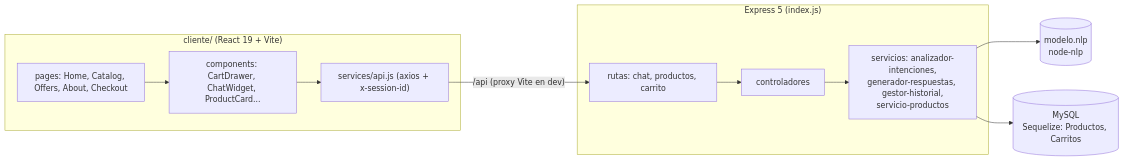
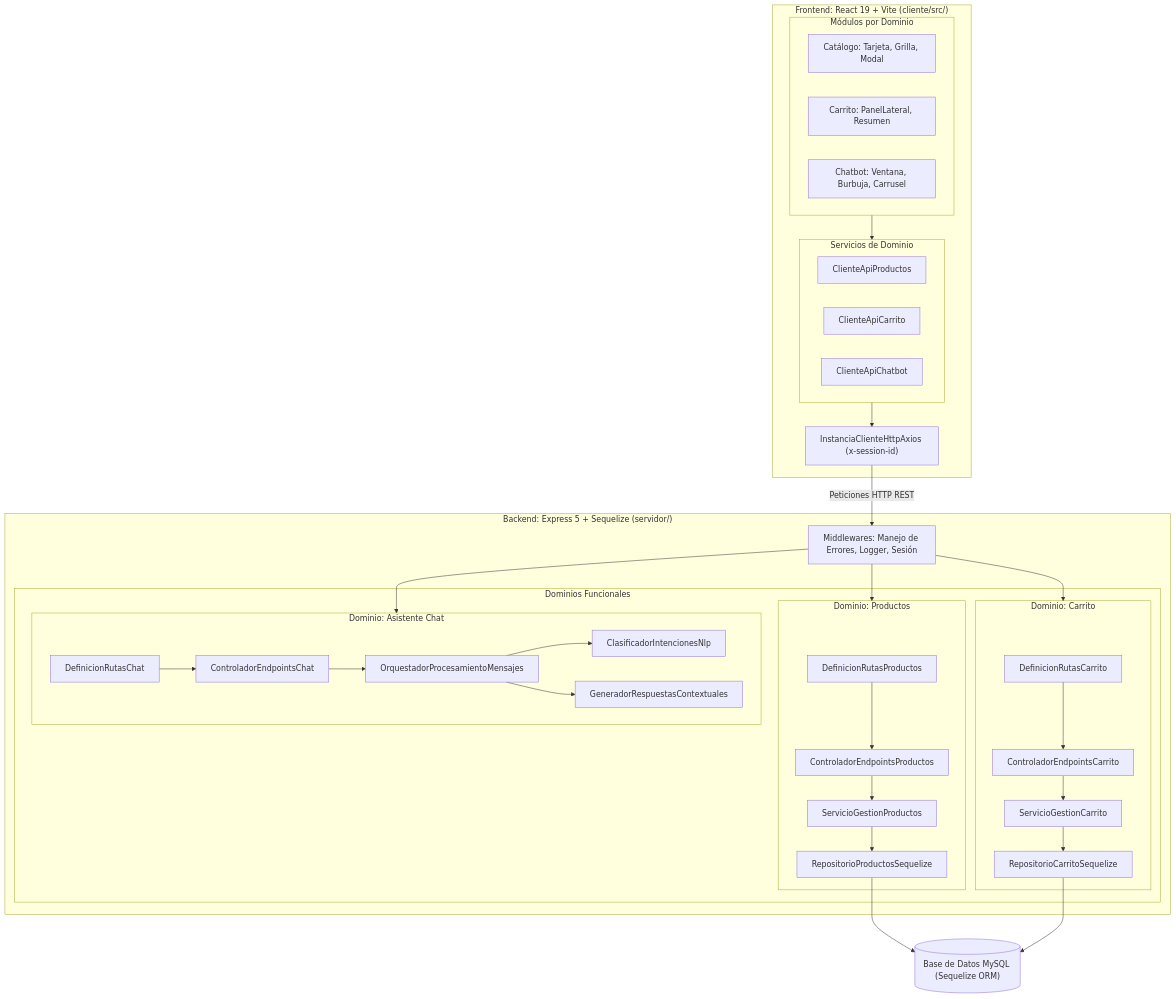
The diagram in README.md (Luiss2080/ShopBot), drawn with Mermaid before and after one commit. The commit also changed other lines of this file, not shown here.

Commit message:
docs: update README with V3 architecture, features, and domain structure

````diff
--- a/README.md
+++ b/README.md
@@ -45,19 +48,45 @@
 ```mermaid
-flowchart LR
-    subgraph Cliente["cliente/ (React 19 + Vite)"]
-        Pag["pages: Home, Catalog, Offers, About, Checkout"]
-        Comp["components: CartDrawer, ChatWidget, ProductCard..."]
-        API["services/api.js (axios + x-session-id)"]
+flowchart TD
+    subgraph Cliente["Frontend: React 19 + Vite (cliente/src/)"]
+        subgraph ModulosCliente["Módulos por Dominio"]
+            CatUI["Catálogo: Tarjeta, Grilla, Modal"]
+            CarUI["Carrito: PanelLateral, Resumen"]
+            ChatUI["Chatbot: Ventana, Burbuja, Carrusel"]
+        end
+        subgraph ServiciosCliente["Servicios de Dominio"]
+            ClientProd["ClienteApiProductos"]
+            ClientCart["ClienteApiCarrito"]
+            ClientChat["ClienteApiChatbot"]
+        end
+        AxiosShared["InstanciaClienteHttpAxios (x-session-id)"]
     end
-    subgraph Servidor["Express 5 (index.js)"]
-        Rutas["rutas: chat, productos, carrito"]
-        Ctrl["controladores"]
-        Serv["servicios: analizador-intenciones,<br/>generador-respuestas, gestor-historial,<br/>servicio-productos"]
+
+    subgraph Servidor["Backend: Express 5 + Sequelize (servidor/)"]
+        subgraph DominiosBackend["Dominios Funcionales"]
+            subgraph DomProd["Dominio: Productos"]
+                RutasProd["DefinicionRutasProductos"] --> CtrlProd["ControladorEndpointsProductos"]
+                CtrlProd --> ServProd["ServicioGestionProductos"]
+                ServProd --> RepoProd["RepositorioProductosSequelize"]
+            end
+            subgraph DomCart["Dominio: Carrito"]
+                RutasCart["DefinicionRutasCarrito"] --> CtrlCart["ControladorEndpointsCarrito"]
+                CtrlCart --> ServCart["ServicioGestionCarrito"]
+                ServCart --> RepoCart["RepositorioCarritoSequelize"]
+            end
+            subgraph DomChat["Dominio: Asistente Chat"]
+                RutasChat["DefinicionRutasChat"] --> CtrlChat["ControladorEndpointsChat"]
+                CtrlChat --> ServChat["OrquestadorProcesamientoMensajes"]
+                ServChat --> MotorNLP["ClasificadorIntencionesNlp"]
+                ServChat --> GenResp["GeneradorRespuestasContextuales"]
+            end
+        end
+        MW["Middlewares: Manejo de Errores, Logger, Sesión"]
     end
-    NLP[("modelo.nlp<br/>node-nlp")]
-    DB[("MySQL<br/>Sequelize: Productos, Carritos")]
-    Pag --> Comp --> API
-    API -->|"/api (proxy Vite en dev)"| Rutas --> Ctrl --> Serv
-    Serv --> NLP
-    Serv --> DB
+
+    DB[("Base de Datos MySQL (Sequelize ORM)")]
+
+    ModulosCliente --> ServiciosCliente --> AxiosShared
+    AxiosShared -->|Peticiones HTTP REST| MW
+    MW --> DomProd & DomCart & DomChat
+    RepoProd & RepoCart --> DB
 ```
````
